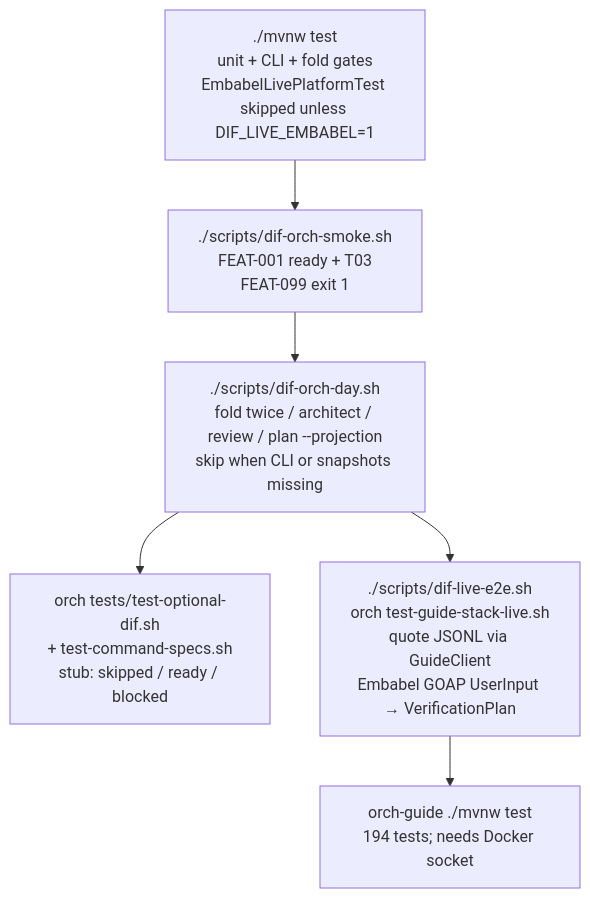
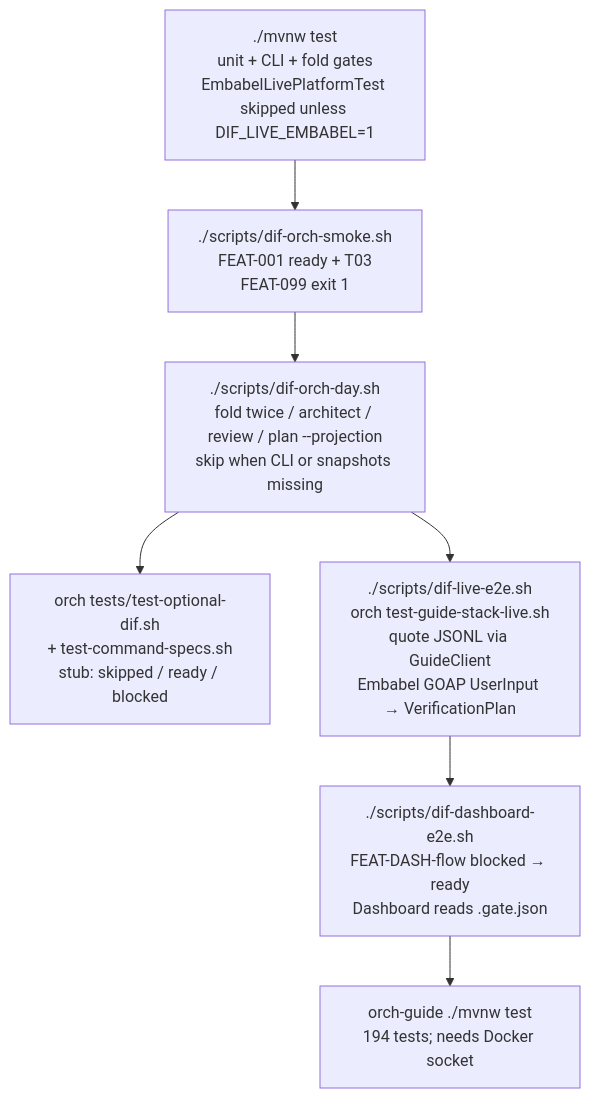
Before and after one commit to jmjava/embabel-dif: the second of 8 diagrams in README.md, drawn with Mermaid. The commit also changed other lines of this file and 14 other files, not shown here.

First line of the commit message:
Dashboard full-flow example: fold, then the board reads (#15)

````diff
--- a/README.md
+++ b/README.md
@@ -171,14 +172,16 @@
 ```mermaid
 flowchart TB
   unit["./mvnw test<br/>unit + CLI + fold gates<br/>EmbabelLivePlatformTest skipped unless DIF_LIVE_EMBABEL=1"]
   smoke["./scripts/dif-orch-smoke.sh<br/>FEAT-001 ready + T03<br/>FEAT-099 exit 1"]
   day["./scripts/dif-orch-day.sh<br/>fold twice / architect / review / plan --projection<br/>skip when CLI or snapshots missing"]
   attach["orch tests/test-optional-dif.sh<br/>+ test-command-specs.sh<br/>stub: skipped / ready / blocked"]
   live["./scripts/dif-live-e2e.sh<br/>orch test-guide-stack-live.sh<br/>quote JSONL via GuideClient<br/>Embabel GOAP UserInput → VerificationPlan"]
+  dash["./scripts/dif-dashboard-e2e.sh<br/>FEAT-DASH-flow blocked → ready<br/>Dashboard reads .gate.json"]
   guideMvn["orch-guide ./mvnw test<br/>194 tests; needs Docker socket"]
 
   unit --> smoke --> day
   day --> attach
   day --> live
-  live --> guideMvn
+  live --> dash
+  dash --> guideMvn
 ```
````
